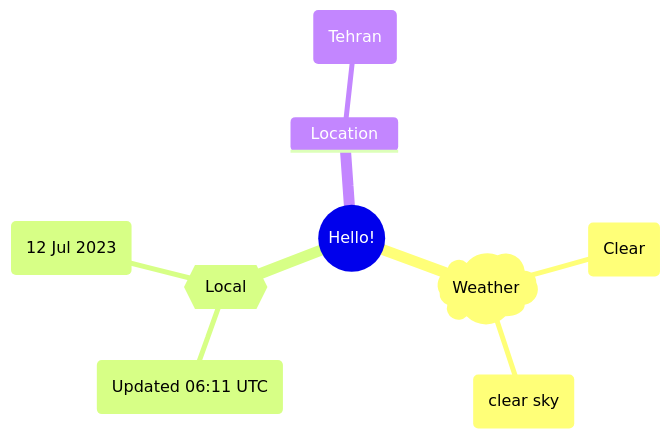
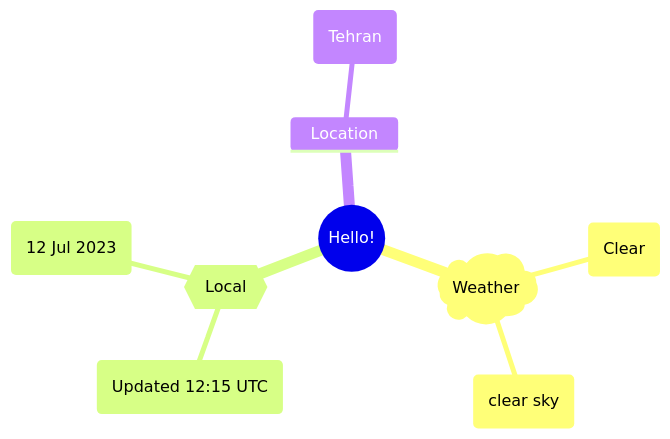
The first of 2 diagrams in README.md (Xosrov/Xosrov), drawn with Mermaid before and after one commit.

Commit message:
[bot] updated images

````diff
--- a/README.md
+++ b/README.md
@@ -3,12 +3,12 @@
 ```mermaid
 mindmap
   root((Hello!))
     )Weather(
         (Clear)
         (clear sky)
     {{Local}}
-        (Updated 06:11 UTC)
+        (Updated 12:15 UTC)
         (12 Jul 2023)
     Location
         (Tehran)
 ```
````
